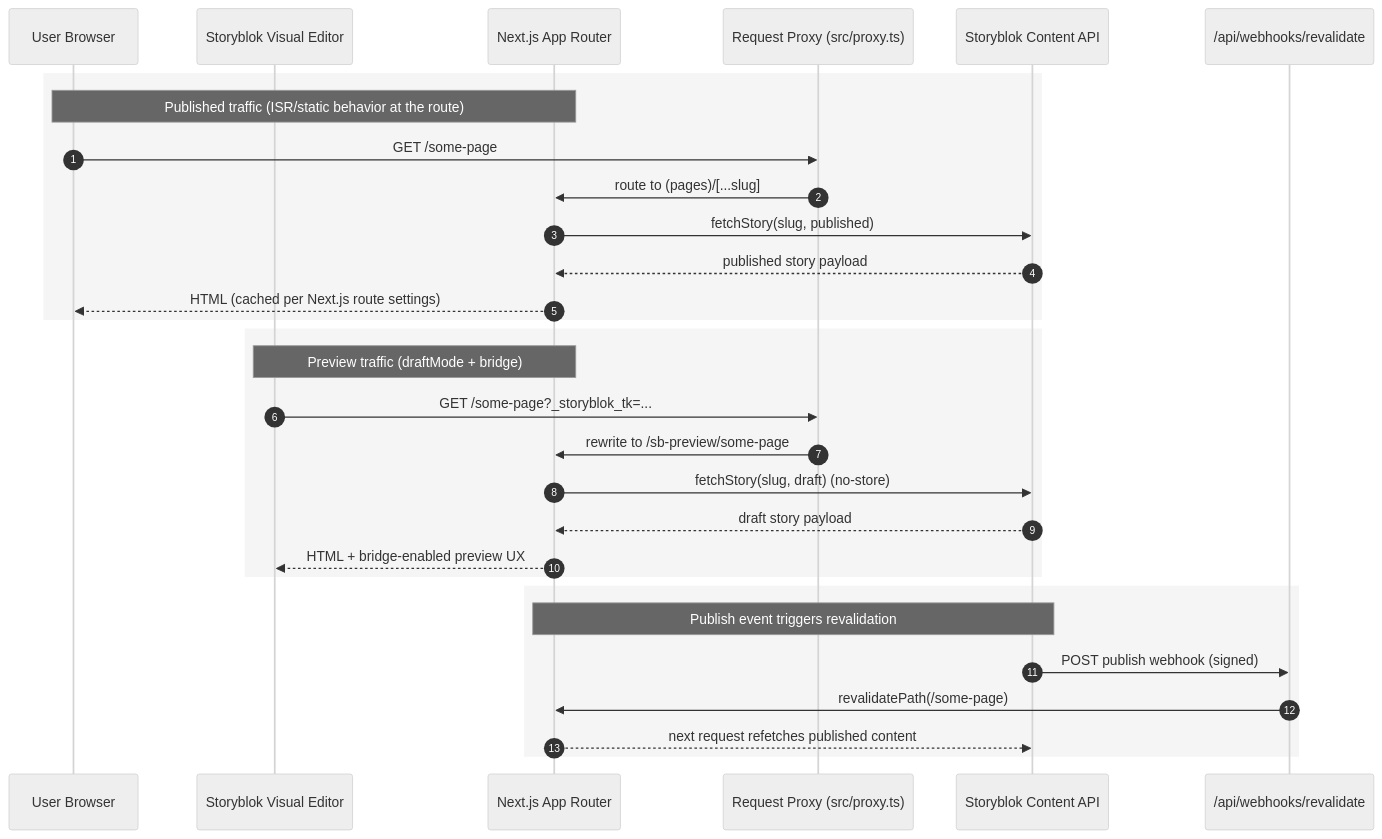
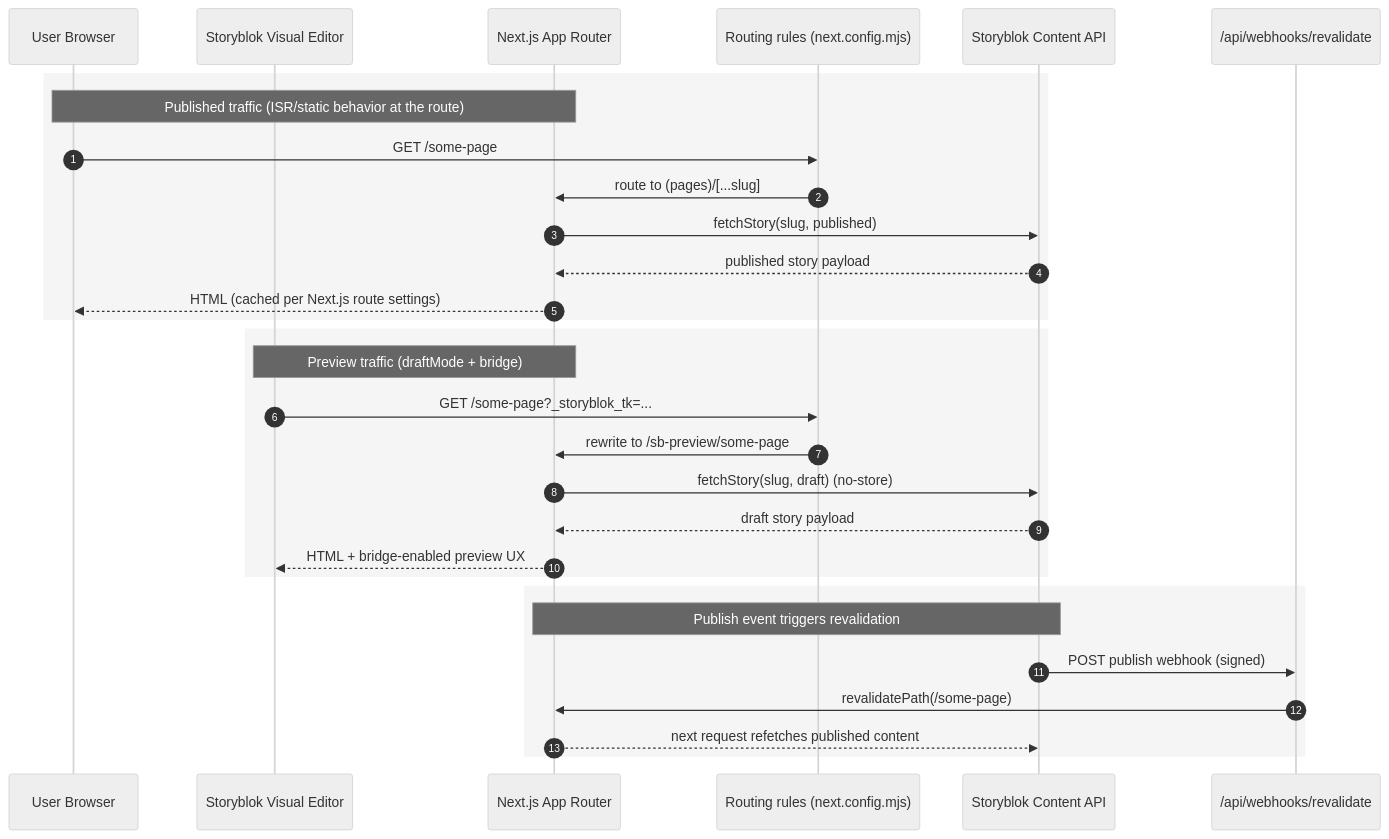
Before and after one commit to songam-su/storyblok-nextjs-mantine-demo: the diagram in docs/architecture/content-freshness-and-preview.md, drawn with Mermaid (neutral theme). The commit also changed 21 other files, not shown here.

````diff
--- a/docs/architecture/content-freshness-and-preview.md
+++ b/docs/architecture/content-freshness-and-preview.md
@@ -5,35 +5,35 @@
 ```mermaid
 sequenceDiagram
   autonumber
   participant User as User Browser
   participant Editor as Storyblok Visual Editor
   participant Next as Next.js App Router
-  participant Proxy as Request Proxy (src/proxy.ts)
+  participant Proxy as Routing rules (next.config.mjs)
   participant SB as Storyblok Content API
   participant Hook as /api/webhooks/revalidate
 
   rect rgb(245,245,245)
     note over User,Next: Published traffic (ISR/static behavior at the route)
     User->>Proxy: GET /some-page
     Proxy->>Next: route to (pages)/[...slug]
     Next->>SB: fetchStory(slug, published)
     SB-->>Next: published story payload
     Next-->>User: HTML (cached per Next.js route settings)
   end
 
   rect rgb(245,245,245)
     note over Editor,Next: Preview traffic (draftMode + bridge)
     Editor->>Proxy: GET /some-page?_storyblok_tk=...
     Proxy->>Next: rewrite to /sb-preview/some-page
     Next->>SB: fetchStory(slug, draft) (no-store)
     SB-->>Next: draft story payload
     Next-->>Editor: HTML + bridge-enabled preview UX
   end
 
   rect rgb(245,245,245)
     note over SB,Next: Publish event triggers revalidation
     SB->>Hook: POST publish webhook (signed)
     Hook->>Next: revalidatePath(/some-page)
     Next-->>SB: next request refetches published content
   end
 ```
````
